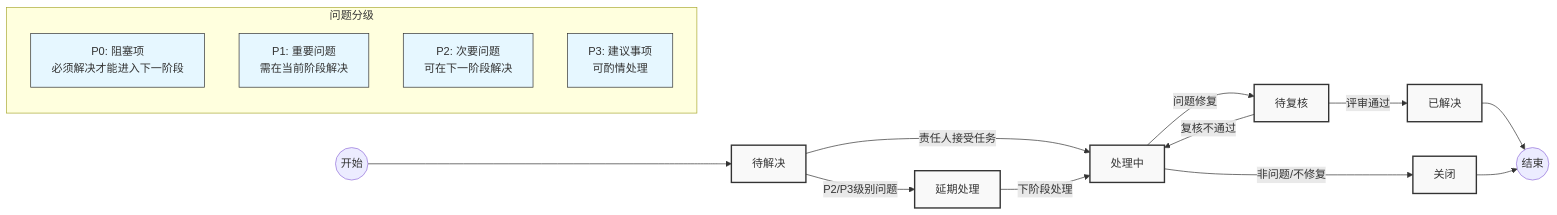
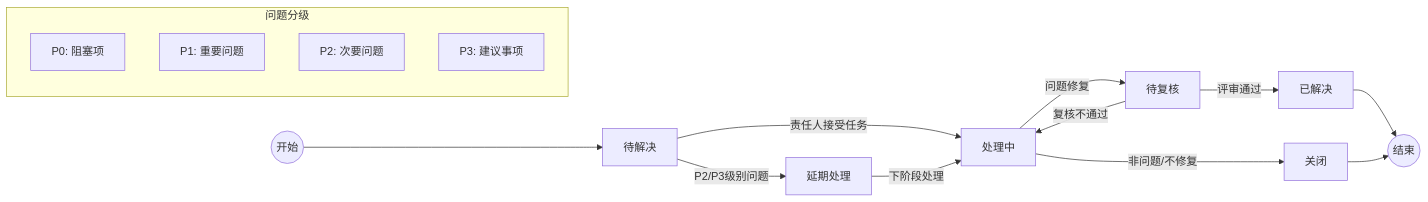
One commit to Taskon-xyz/PR changed the seventh of 11 diagrams in 开发流程图.md. Above: the diagram before and after it, drawn with Mermaid. The commit also changed other lines of this file and 2 other files, not shown here.

````diff
--- a/开发流程图.md
+++ b/开发流程图.md
@@ -180,27 +114,20 @@
 ```mermaid
 graph LR
-    classDef stateNode fill:#f9f9f9,stroke:#333,stroke-width:2px,color:#333
-    classDef eventArrow stroke:#666,stroke-width:1.5px
-    classDef issueLevel fill:#e6f7ff,stroke:#333,stroke-width:1px
-    
     Start((开始)) --> A[待解决]
     A -->|责任人接受任务| B[处理中]
     B -->|问题修复| C[待复核]
     C -->|评审通过| D[已解决]
     C -->|复核不通过| B
     A -->|P2/P3级别问题| E[延期处理]
     E -->|下阶段处理| B
     B -->|非问题/不修复| F[关闭]
     D --> End((结束))
     F --> End
     
     subgraph 问题分级
-    P0["P0: 阻塞项<br>必须解决才能进入下一阶段"]
-    P1["P1: 重要问题<br>需在当前阶段解决"]
-    P2["P2: 次要问题<br>可在下一阶段解决"]
-    P3["P3: 建议事项<br>可酌情处理"]
+    P0[P0: 阻塞项]
+    P1[P1: 重要问题]
+    P2[P2: 次要问题]
+    P3[P3: 建议事项]
     end
-    
-    class A,B,C,D,E,F stateNode
-    class P0,P1,P2,P3 issueLevel
 ```
````
